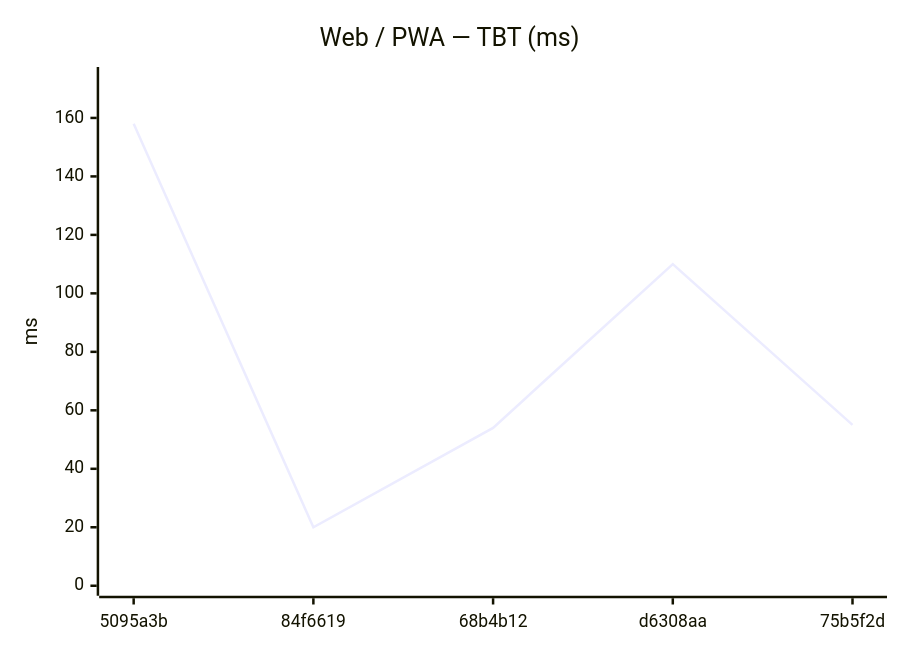
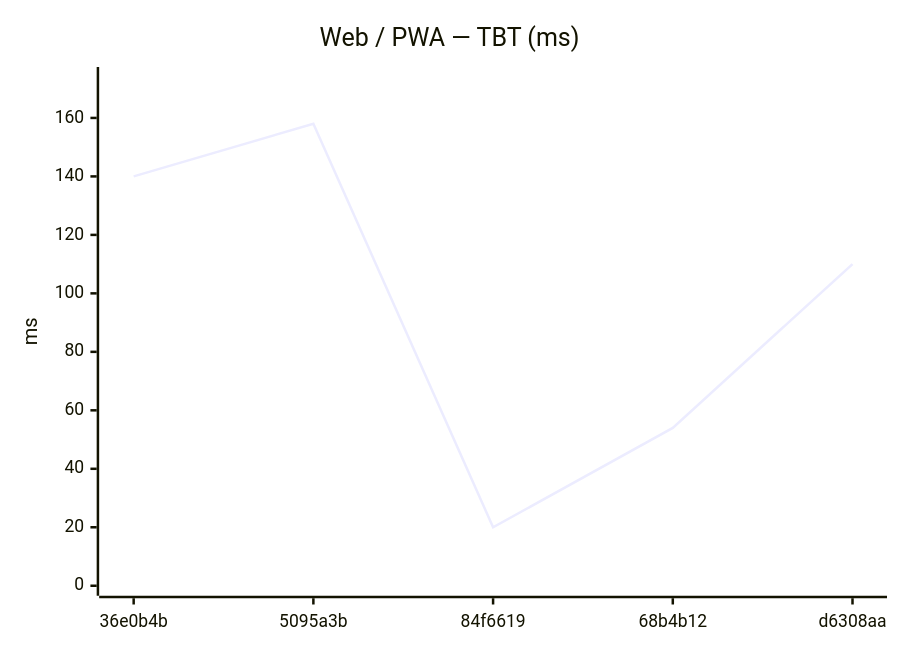
One commit to Metaheurist/Rianell changed the eighth of 18 diagrams in benchmarks/compare.md. Above: the diagram before and after it, drawn with Mermaid. The commit also changed other lines of this file and 11 other files, not shown here.

````diff
--- a/benchmarks/compare.md
+++ b/benchmarks/compare.md
@@ -124,7 +124,7 @@
 ```mermaid
 xychart-beta
     title "Web / PWA — TBT (ms)"
-    x-axis ["5095a3b", "84f6619", "68b4b12", "d6308aa", "75b5f2d"]
+    x-axis ["36e0b4b", "5095a3b", "84f6619", "68b4b12", "d6308aa"]
     y-axis "ms" 0 --> 174
-    line [158, 20, 54, 110, 55]
+    line [140, 158, 20, 54, 110]
 ```
````
